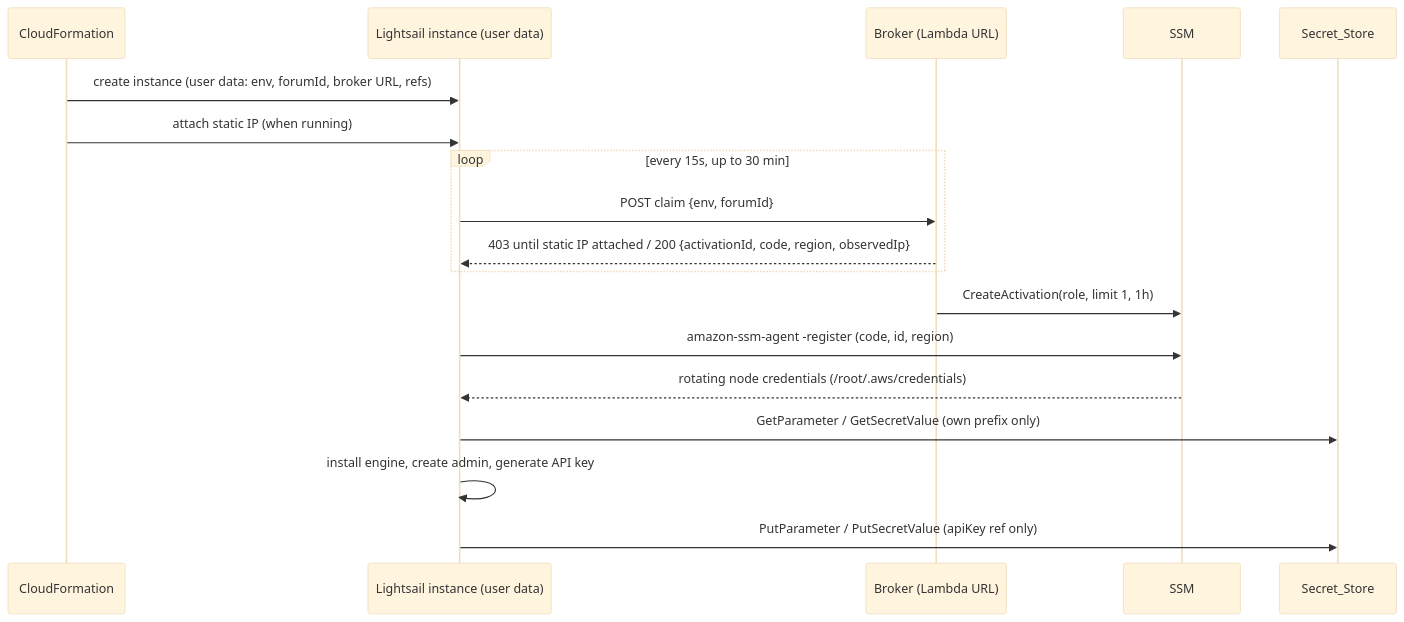
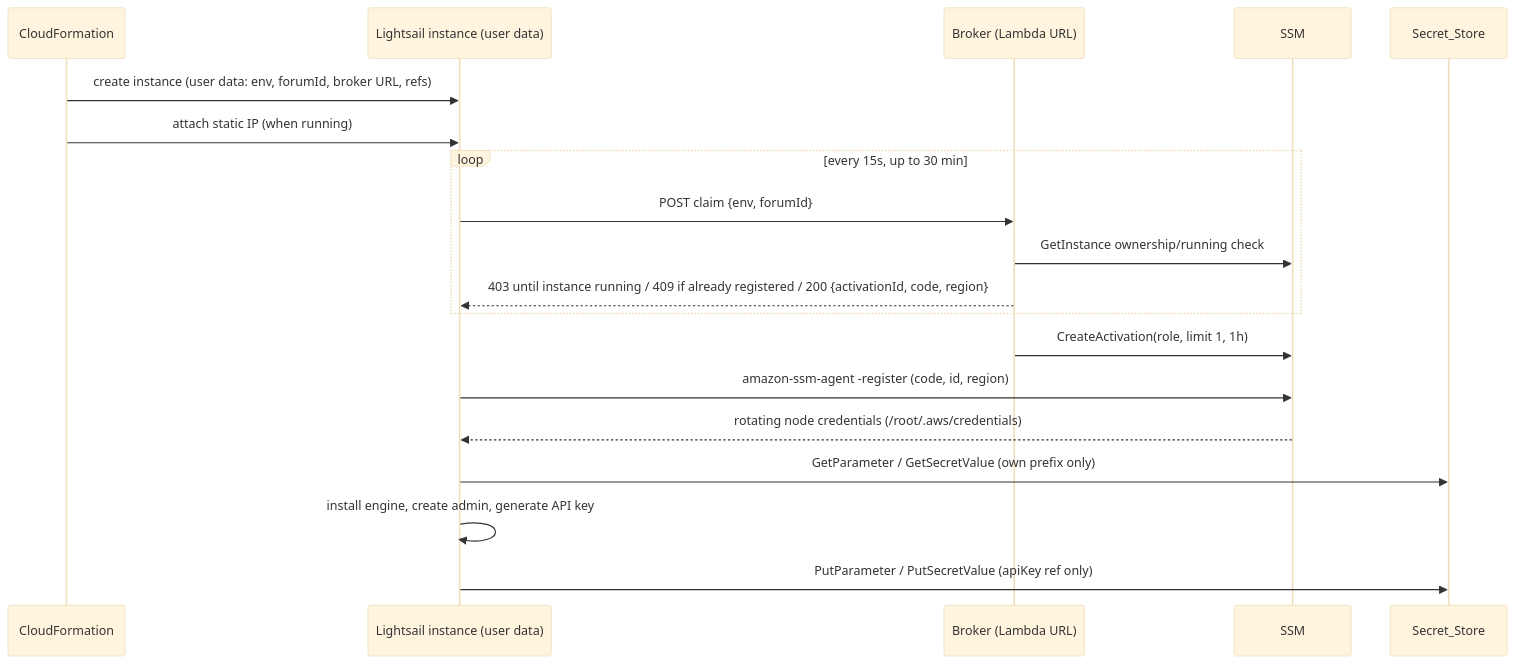
Before and after one commit to Walsen/community-hub: the second of 3 diagrams in .kiro/specs/lightsail-forum-platform/design.md, drawn with Mermaid (base theme). The commit also changed other lines of this file and 190 other files, not shown here.

````diff
--- a/.kiro/specs/lightsail-forum-platform/design.md
+++ b/.kiro/specs/lightsail-forum-platform/design.md
@@ -184,20 +184,21 @@
 ```mermaid
 sequenceDiagram
   participant CFN as CloudFormation
   participant I as Lightsail instance (user data)
   participant B as Broker (Lambda URL)
   participant SSM as SSM
   participant SS as Secret_Store
   CFN->>I: create instance (user data: env, forumId, broker URL, refs)
   CFN->>I: attach static IP (when running)
   loop every 15s, up to 30 min
     I->>B: POST claim {env, forumId}
-    B-->>I: 403 until static IP attached / 200 {activationId, code, region, observedIp}
+    B->>SSM: GetInstance ownership/running check
+    B-->>I: 403 until instance running / 409 if already registered / 200 {activationId, code, region}
   end
   B->>SSM: CreateActivation(role, limit 1, 1h)
   I->>SSM: amazon-ssm-agent -register (code, id, region)
   SSM-->>I: rotating node credentials (/root/.aws/credentials)
   I->>SS: GetParameter / GetSecretValue (own prefix only)
   I->>I: install engine, create admin, generate API key
   I->>SS: PutParameter / PutSecretValue (apiKey ref only)
 ```
````
